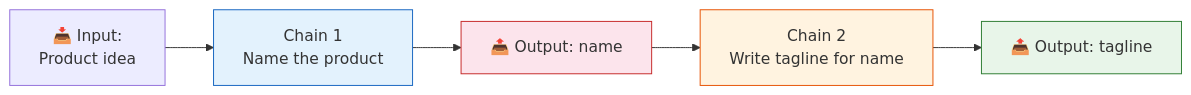
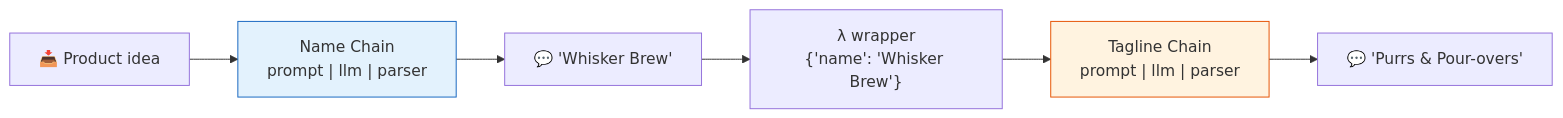
Before and after one commit to remolaan/Agentic-AI-Cookbook: the third of 4 diagrams in 05_chains/README.md, drawn with Mermaid. The commit also changed other lines of this file and 3 other files, not shown here.

````diff
--- a/05_chains/README.md
+++ b/05_chains/README.md
@@ -68,12 +75,11 @@
 ```mermaid
 flowchart LR
-    I["📥 Input:<br/>Product idea"] --> C1["Chain 1<br/>Name the product"]
-    C1 --> O1["📤 Output: name"]
-    O1 --> C2["Chain 2<br/>Write tagline for name"]
-    C2 --> O2["📤 Output: tagline"]
+    I["📥 Product idea"] --> C1["Name Chain<br/>prompt | llm | parser"]
+    C1 --> O1["💬 'Whisker Brew'"]
+    O1 --> L["λ wrapper<br/>{'name': 'Whisker Brew'}"]
+    L --> C2["Tagline Chain<br/>prompt | llm | parser"]
+    C2 --> O2["💬 'Purrs & Pour-overs'"]
     
     style C1 fill:#e3f2fd,stroke:#1565c0
     style C2 fill:#fff3e0,stroke:#e65100
-    style O1 fill:#fce4ec,stroke:#c62828
-    style O2 fill:#e8f5e9,stroke:#2e7d32
 ```
````
